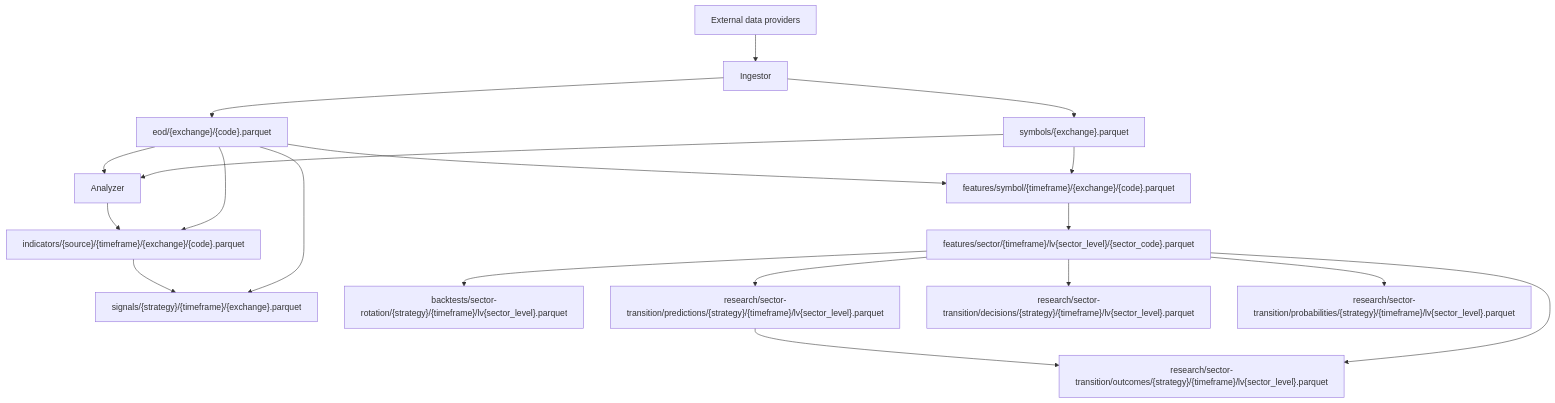
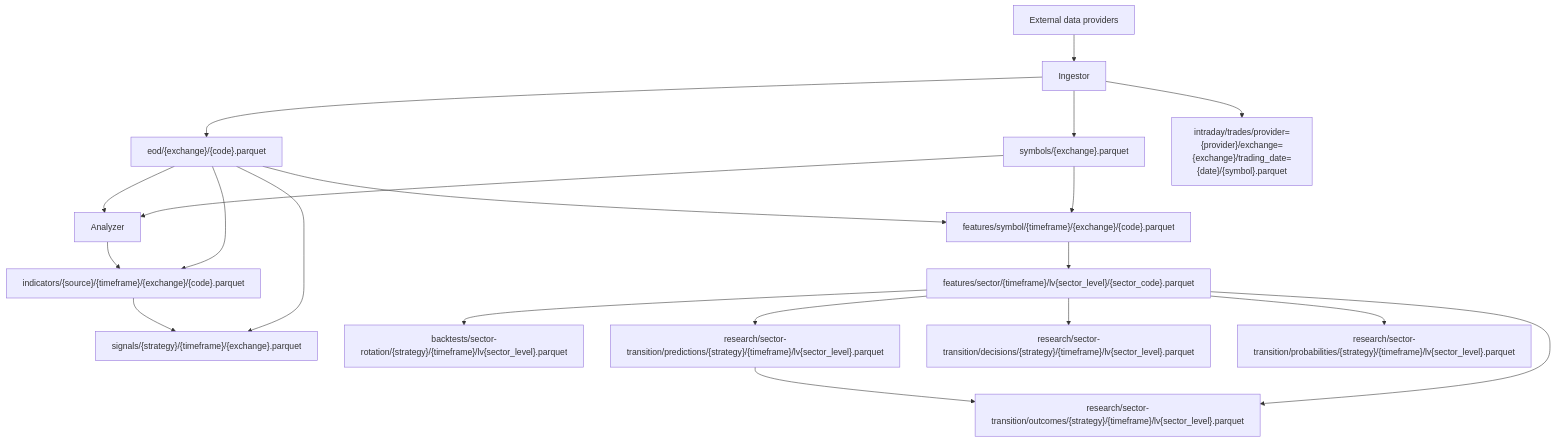
One commit to tanlocit9/omni changed the diagram in docs/data/002-data-lake.md. Above: the diagram before and after it, drawn with Mermaid. The commit also changed other lines of this file and 44 other files, not shown here.

````diff
--- a/docs/data/002-data-lake.md
+++ b/docs/data/002-data-lake.md
@@ -9,36 +9,38 @@
 ```mermaid
 flowchart TD
   Provider["External data providers"]
   Ingestor["Ingestor"]
   Analyzer["Analyzer"]
   Symbols["symbols/{exchange}.parquet"]
   EOD["eod/{exchange}/{code}.parquet"]
+  Intraday["intraday/trades/provider={provider}/exchange={exchange}/trading_date={date}/{symbol}.parquet"]
   Indicators["indicators/{source}/{timeframe}/{exchange}/{code}.parquet"]
   Signals["signals/{strategy}/{timeframe}/{exchange}.parquet"]
   SymbolFeatures["features/symbol/{timeframe}/{exchange}/{code}.parquet"]
   SectorFeatures["features/sector/{timeframe}/lv{sector_level}/{sector_code}.parquet"]
   Backtests["backtests/sector-rotation/{strategy}/{timeframe}/lv{sector_level}.parquet"]
   TransitionPredictions["research/sector-transition/predictions/{strategy}/{timeframe}/lv{sector_level}.parquet"]
   TransitionDecisions["research/sector-transition/decisions/{strategy}/{timeframe}/lv{sector_level}.parquet"]
   TransitionProbabilities["research/sector-transition/probabilities/{strategy}/{timeframe}/lv{sector_level}.parquet"]
   TransitionOutcomes["research/sector-transition/outcomes/{strategy}/{timeframe}/lv{sector_level}.parquet"]
 
   Provider --> Ingestor
   Ingestor --> Symbols
   Ingestor --> EOD
+  Ingestor --> Intraday
   EOD --> Analyzer
   Symbols --> Analyzer
   Analyzer --> Indicators
   EOD --> Indicators
   Indicators --> Signals
   EOD --> Signals
   EOD --> SymbolFeatures
   Symbols --> SymbolFeatures
   SymbolFeatures --> SectorFeatures
   SectorFeatures --> Backtests
   SectorFeatures --> TransitionPredictions
   SectorFeatures --> TransitionDecisions
   SectorFeatures --> TransitionProbabilities
   TransitionPredictions --> TransitionOutcomes
   SectorFeatures --> TransitionOutcomes
 ```
````
